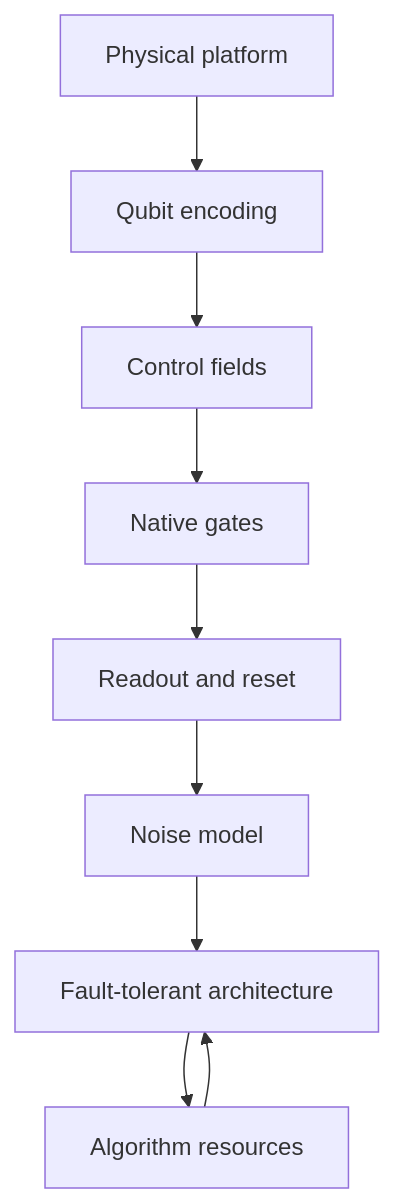
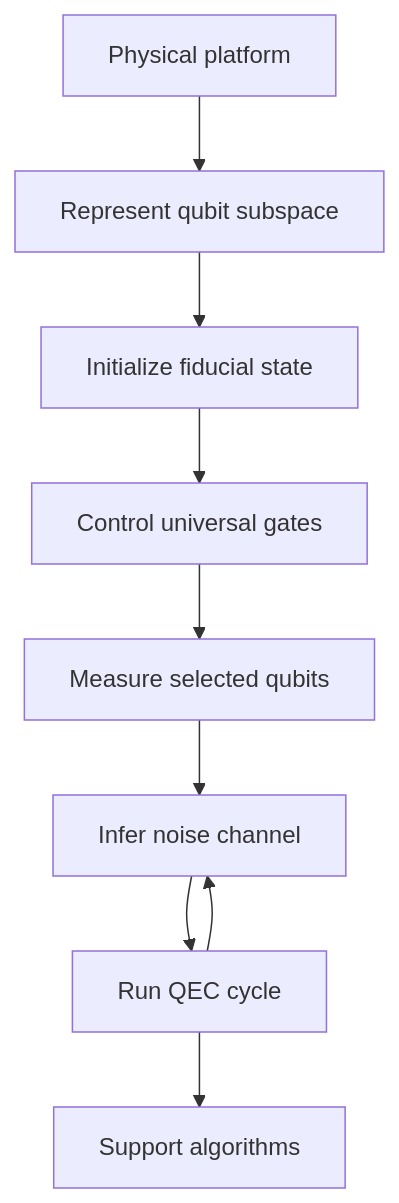
The diagram in docs/quantum-information-science/quantum-computing/hardware.md (justinbrianhwang/SJ-wiki), drawn with Mermaid before and after one commit. The commit also changed other lines of this file and 27 other files, not shown here.

````diff
--- a/docs/quantum-information-science/quantum-computing/hardware.md
+++ b/docs/quantum-information-science/quantum-computing/hardware.md
@@ -90,11 +122,11 @@
 ```mermaid
-graph TD
-  P["Physical platform"] --> Q["Qubit encoding"]
-  Q --> C["Control fields"]
-  C --> G["Native gates"]
-  G --> R["Readout and reset"]
-  R --> N["Noise model"]
-  N --> F["Fault-tolerant architecture"]
-  F --> A["Algorithm resources"]
-  A --> F
+flowchart TD
+  P["Physical platform"] --> R["Represent qubit subspace"]
+  R --> I["Initialize fiducial state"]
+  I --> U["Control universal gates"]
+  U --> M["Measure selected qubits"]
+  M --> N["Infer noise channel"]
+  N --> Q["Run QEC cycle"]
+  Q --> A["Support algorithms"]
+  Q --> N
 ```
````
